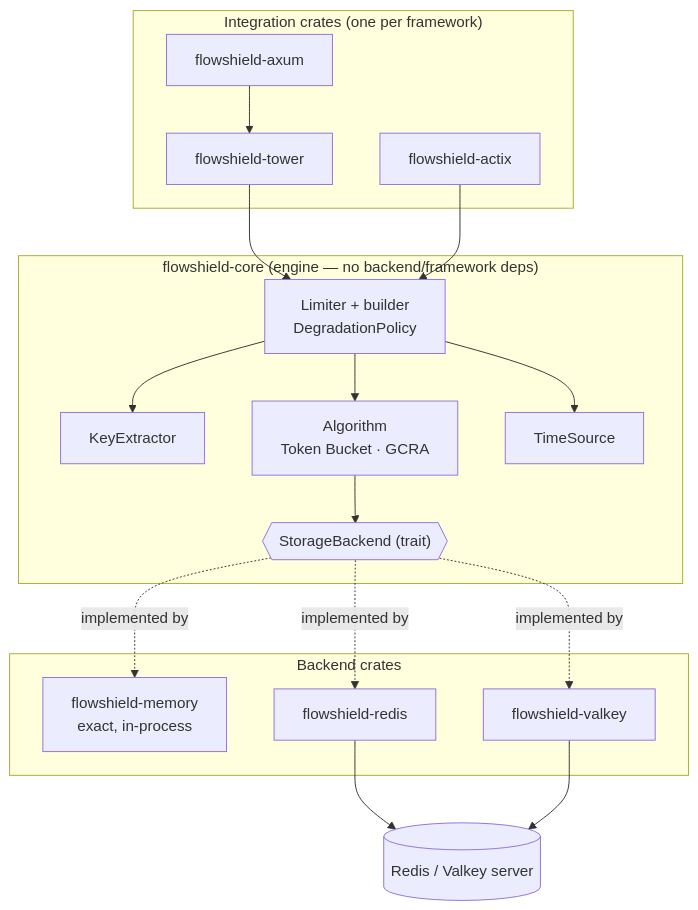
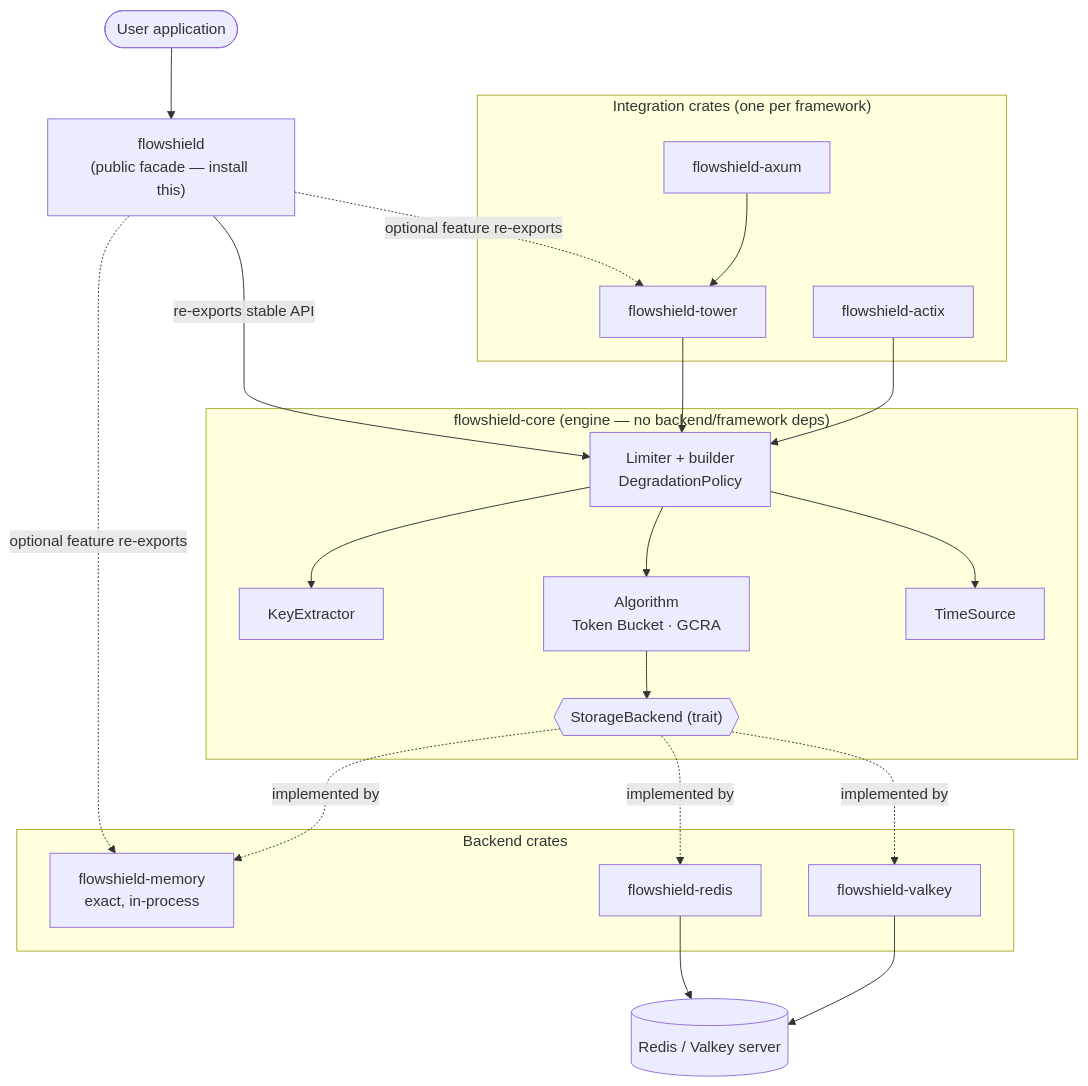
The diagram in docs/diagrams/c4-container.mmd (devcalm/flowshield), drawn with Mermaid before and after one commit. The commit also changed 17 other files, not shown here.

Commit message:
chore: add `flowshield` facade crate and ADR-018 to define facade/core split

```diff
--- a/docs/diagrams/c4-container.mmd
+++ b/docs/diagrams/c4-container.mmd
@@ -1,35 +1,41 @@
 %% FlowShield — C4 Level 2: Container / Crate view
 %% Canonical source. Rendered copy embedded in docs/architecture/overview.md.
-%% See ADR-002 (Core Architecture), ADR-003 (Crate Structure), ADR-013 (Extension API).
+%% See ADR-002 (Core Architecture), ADR-003 (Crate Structure), ADR-013 (Extension API), ADR-018 (Facade Crate).
 flowchart TD
+    app(["User application"])
+    facade["flowshield<br/>(public facade — install this)"]
     subgraph integ["Integration crates (one per framework)"]
         tower["flowshield-tower"]
         axum["flowshield-axum"]
         actix["flowshield-actix"]
     end
     subgraph core["flowshield-core (engine — no backend/framework deps)"]
         lim["Limiter + builder<br/>DegradationPolicy"]
         ke["KeyExtractor"]
         alg["Algorithm<br/>Token Bucket · GCRA"]
         ts["TimeSource"]
         sb{{"StorageBackend (trait)"}}
     end
     subgraph backends["Backend crates"]
         mem["flowshield-memory<br/>exact, in-process"]
         redis["flowshield-redis"]
         valkey["flowshield-valkey"]
     end
     server[("Redis / Valkey server")]
 
+    app --> facade
+    facade -->|"re-exports stable API"| lim
+    facade -.->|"optional feature re-exports"| tower
+    facade -.->|"optional feature re-exports"| mem
     tower --> lim
     axum --> tower
     actix --> lim
     lim --> ke
     lim --> alg
     lim --> ts
     alg --> sb
     sb -.->|"implemented by"| mem
     sb -.->|"implemented by"| redis
     sb -.->|"implemented by"| valkey
     redis --> server
     valkey --> server
```
